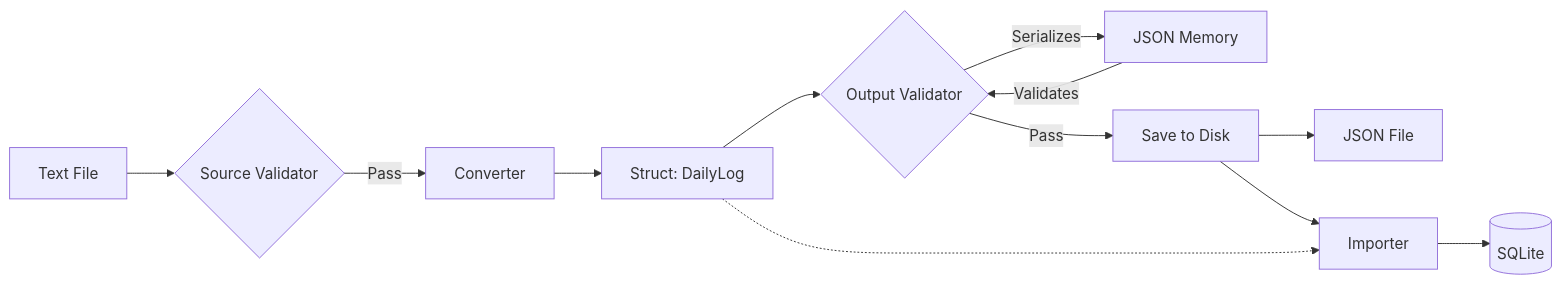
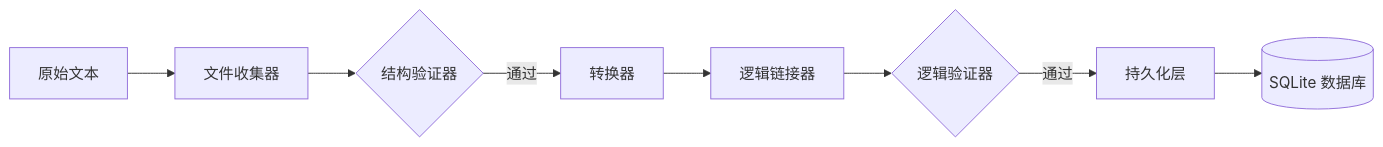
One commit to camellia2077/time_tracer changed the diagram in docs/time_tracer/workflow.md. Above: the diagram before and after it, drawn with Mermaid. The commit also changed other lines of this file and 60 other files, not shown here.

````diff
--- a/docs/time_tracer/workflow.md
+++ b/docs/time_tracer/workflow.md
@@ -41,18 +13,10 @@
 ```mermaid
 flowchart LR
-    TXT[Text File] --> ValSrc{Source Validator}
-    ValSrc -- Pass --> Conv[Converter]
-    Conv --> Struct[Struct: DailyLog]
-    Struct --> ValOut{Output Validator}
-    
-    ValOut -- Serializes --> JSON_Mem[JSON Memory]
-    JSON_Mem -- Validates --> ValOut
-    
-    ValOut -- Pass --> Save[Save to Disk]
-    Save --> JSON_Disk[JSON File]
-    Save --> Import[Importer]
-    
-    Struct -.-> Import
-    Import --> DB[(SQLite)]
-
+    TXT[原始文本] --> collector[文件收集器]
+    collector --> ValSrc{结构验证器}
+    ValSrc -- 通过 --> Conv[转换器]
+    Conv --> LogicLink[逻辑链接器]
+    LogicLink --> ValLog{逻辑验证器}
+    ValLog -- 通过 --> Persist[持久化层]
+    Persist --> DB[(SQLite 数据库)]
 ```
````
